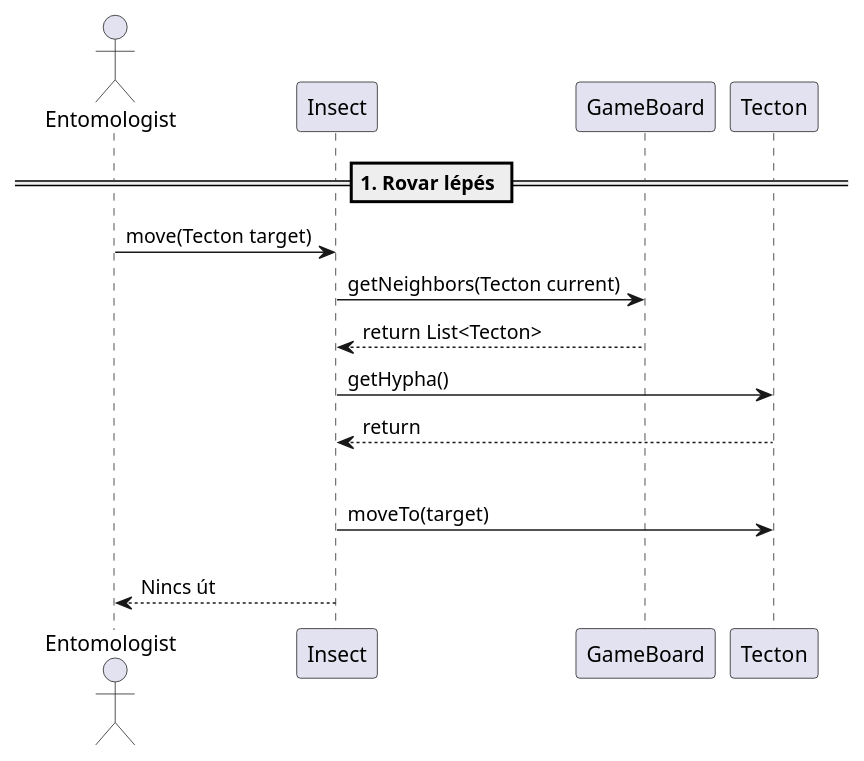
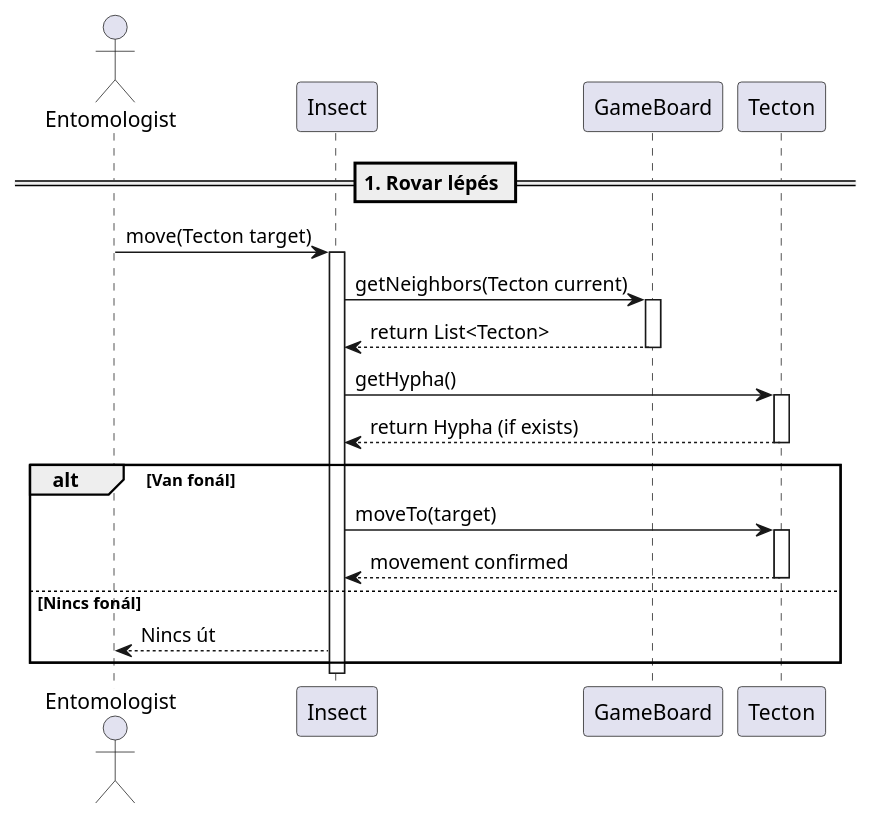
One commit to hujberhunor/SzomiSztegoProjlab changed the diagram in UML/Sequence/Rovar-mozgas.plantuml. Above: the diagram before and after it, drawn with PlantUML. The commit also changed 3 other files, not shown here.

```diff
--- a/UML/Sequence/Rovar-mozgas.plantuml
+++ b/UML/Sequence/Rovar-mozgas.plantuml
@@ -1,20 +1,33 @@
 @startuml
 
 == 1. Rovar lépés ==
 actor Entomologist
 participant Insect
 participant GameBoard
 participant Tecton
 
 Entomologist -> Insect: move(Tecton target)
+activate Insect
+
 Insect -> GameBoard: getNeighbors(Tecton current)
+activate GameBoard
 GameBoard --> Insect: return List<Tecton>
+deactivate GameBoard
+
 Insect -> Tecton: getHypha()
-Tecton --> Insect: return 
+activate Tecton
+Tecton --> Insect: return Hypha (if exists)
+deactivate Tecton
 
 alt Van fonál
     Insect -> Tecton: moveTo(target)
+    activate Tecton
+    Tecton --> Insect: movement confirmed
+    deactivate Tecton
 else Nincs fonál
     Insect --> Entomologist: Nincs út
-    
+end
+
+deactivate Insect
+
 @enduml
```
